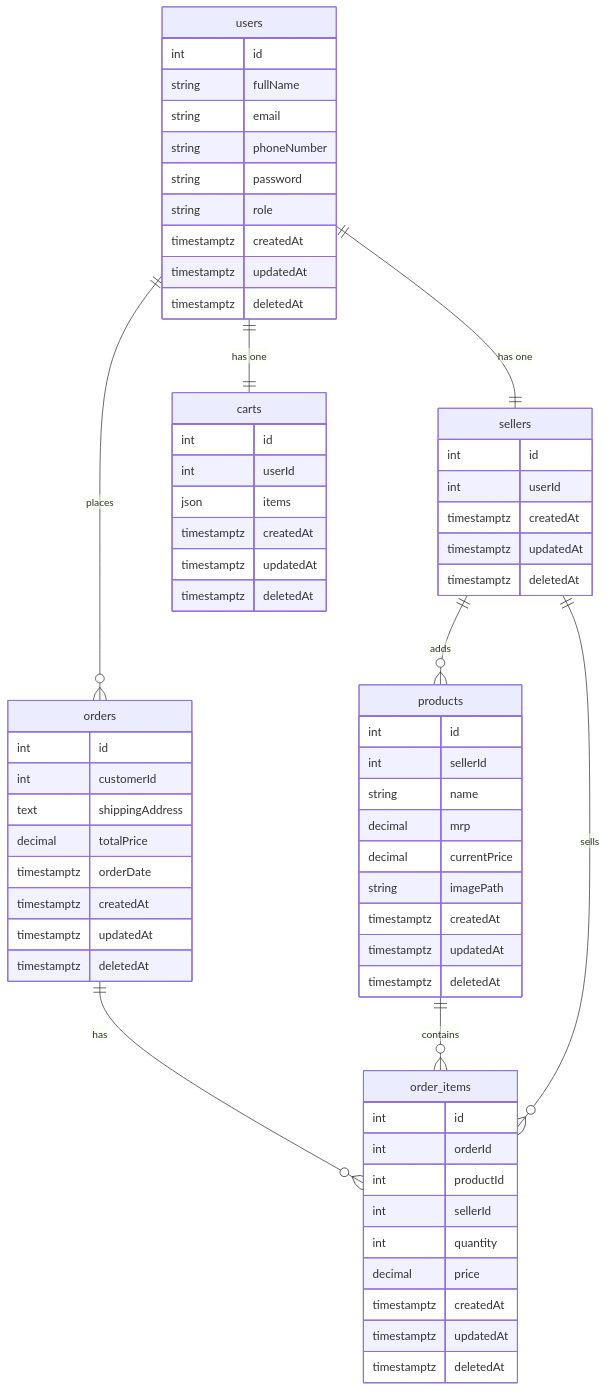
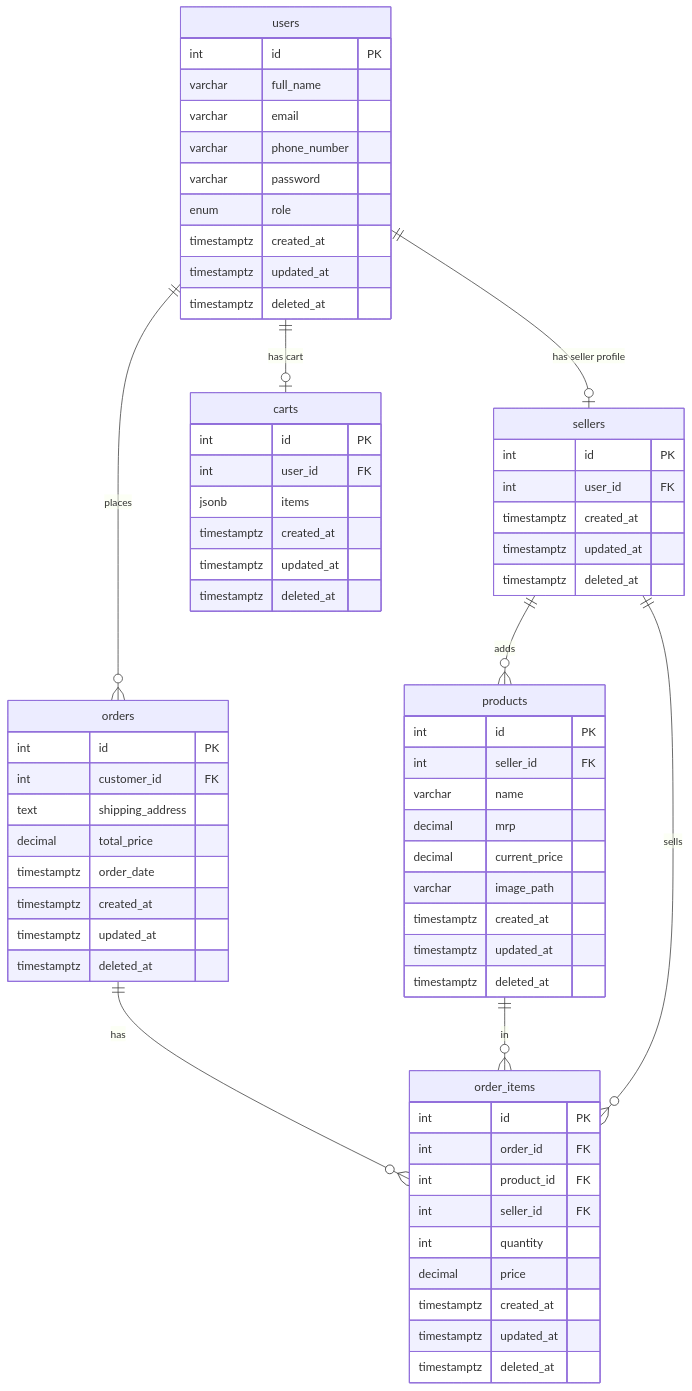
The diagram in docs/schema_design.md (lovish-ab/grocery_delivery_docs), drawn with Mermaid before and after one commit. The commit also changed other lines of this file, not shown here.

````diff
--- a/docs/schema_design.md
+++ b/docs/schema_design.md
@@ -1,75 +1,77 @@
 ```mermaid
 erDiagram
 
-    users{
-        int id
-        string fullName
-        string email
-        string phoneNumber
-        string password
-        string role
-        timestamptz createdAt
-        timestamptz updatedAt
-        timestamptz deletedAt
+    users {
+        int id PK
+        varchar full_name
+        varchar email
+        varchar phone_number
+        varchar password
+        enum role
+        timestamptz created_at
+        timestamptz updated_at
+        timestamptz deleted_at
     }
 
     sellers {
-        int id
-        int userId
-        timestamptz createdAt
-        timestamptz updatedAt
-        timestamptz deletedAt
+        int id PK
+        int user_id FK
+        timestamptz created_at
+        timestamptz updated_at
+        timestamptz deleted_at
     }
 
     products {
-        int id
-        int sellerId
-        string name
+        int id PK
+        int seller_id FK
+        varchar name
         decimal mrp
-        decimal currentPrice
-        string imagePath
-        timestamptz createdAt
-        timestamptz updatedAt
-        timestamptz deletedAt
+        decimal current_price
+        varchar image_path
+        timestamptz created_at
+        timestamptz updated_at
+        timestamptz deleted_at
     }
 
     orders {
-        int id
-        int customerId
-        text shippingAddress
-        decimal totalPrice
-        timestamptz orderDate
-        timestamptz createdAt
-        timestamptz updatedAt
-        timestamptz deletedAt
+        int id PK
+        int customer_id FK
+        text shipping_address
+        decimal total_price
+        timestamptz order_date
+        timestamptz created_at
+        timestamptz updated_at
+        timestamptz deleted_at
     }
 
     order_items {
-        int id
-        int orderId
-        int productId
-        int sellerId
+        int id PK
+        int order_id FK
+        int product_id FK
+        int seller_id FK
         int quantity
         decimal price
-        timestamptz createdAt
-        timestamptz updatedAt
-        timestamptz deletedAt
+        timestamptz created_at
+        timestamptz updated_at
+        timestamptz deleted_at
     }
 
     carts {
-        int id
-        int userId
-        json items
-        timestamptz createdAt
-        timestamptz updatedAt
-        timestamptz deletedAt
+        int id PK
+        int user_id FK
+        jsonb items
+        timestamptz created_at
+        timestamptz updated_at
+        timestamptz deleted_at
     }
 
-    users ||--|| sellers : "has one"
-    users ||--|| carts   : "has one"
+    users   ||--o| sellers     : "has seller profile"
+    users   ||--o| carts       : "has cart"
+
     sellers ||--o{ products    : "adds"
     users   ||--o{ orders      : "places"
-    orders  ||--o{ order_items: "has"
-    products||--o{ order_items: "contains"
-    sellers ||--o{ order_items  : "sells"
+    orders  ||--o{ order_items : "has"
+    products||--o{ order_items : "in"
+    sellers ||--o{ order_items : "sells"
+
 ```
````
